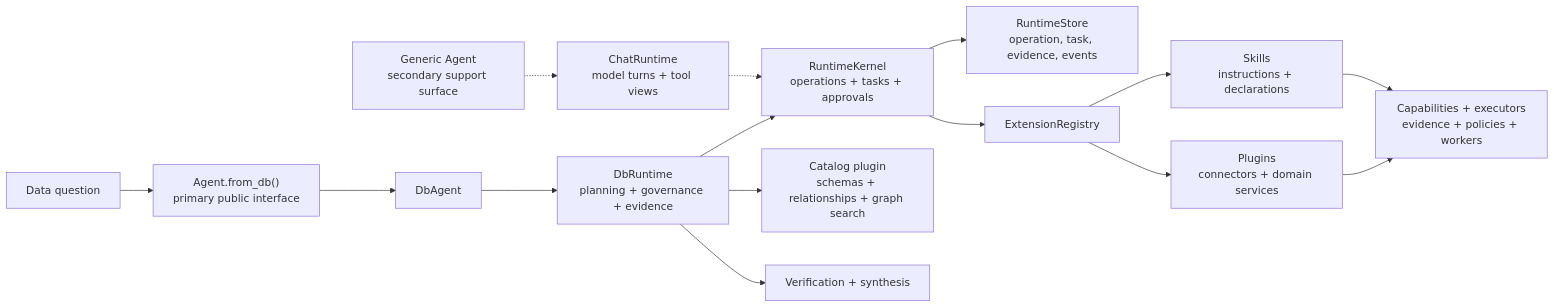
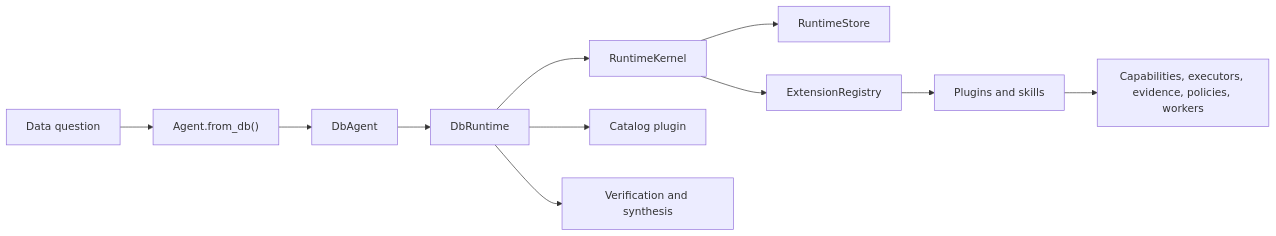
One commit to Daita-Corp/daita-agents changed the diagram in README.md. Above: the diagram before and after it, drawn with Mermaid. The commit also changed other lines of this file, not shown here.

````diff
--- a/README.md
+++ b/README.md
@@ -66,21 +225,13 @@
 ```mermaid
 flowchart LR
-    User["Data question"] --> Primary["Agent.from_db()<br/>primary public interface"]
-    Primary --> DBAgent["DbAgent"]
-
-    DBAgent --> DbRuntime["DbRuntime<br/>planning + governance + evidence"]
-    DbRuntime --> Kernel["RuntimeKernel<br/>operations + tasks + approvals"]
-    Kernel --> Store["RuntimeStore<br/>operation, task, evidence, events"]
+    User["Data question"] --> FromDB["Agent.from_db()"]
+    FromDB --> Agent["DbAgent"]
+    Agent --> Runtime["DbRuntime"]
+    Runtime --> Kernel["RuntimeKernel"]
+    Kernel --> Store["RuntimeStore"]
     Kernel --> Registry["ExtensionRegistry"]
-
-    Registry --> Plugins["Plugins<br/>connectors + domain services"]
-    Registry --> Skills["Skills<br/>instructions + declarations"]
-    Plugins --> Capabilities["Capabilities + executors<br/>evidence + policies + workers"]
-    Skills --> Capabilities
-
-    DbRuntime --> Catalog["Catalog plugin<br/>schemas + relationships + graph search"]
-    DbRuntime --> Synthesis["Verification + synthesis"]
-
-    Support["Generic Agent<br/>secondary support surface"] -.-> ChatRuntime["ChatRuntime<br/>model turns + tool views"]
-    ChatRuntime -.-> Kernel
+    Registry --> Plugins["Plugins and skills"]
+    Plugins --> Contracts["Capabilities, executors, evidence, policies, workers"]
+    Runtime --> Catalog["Catalog plugin"]
+    Runtime --> Verify["Verification and synthesis"]
 ```
````
